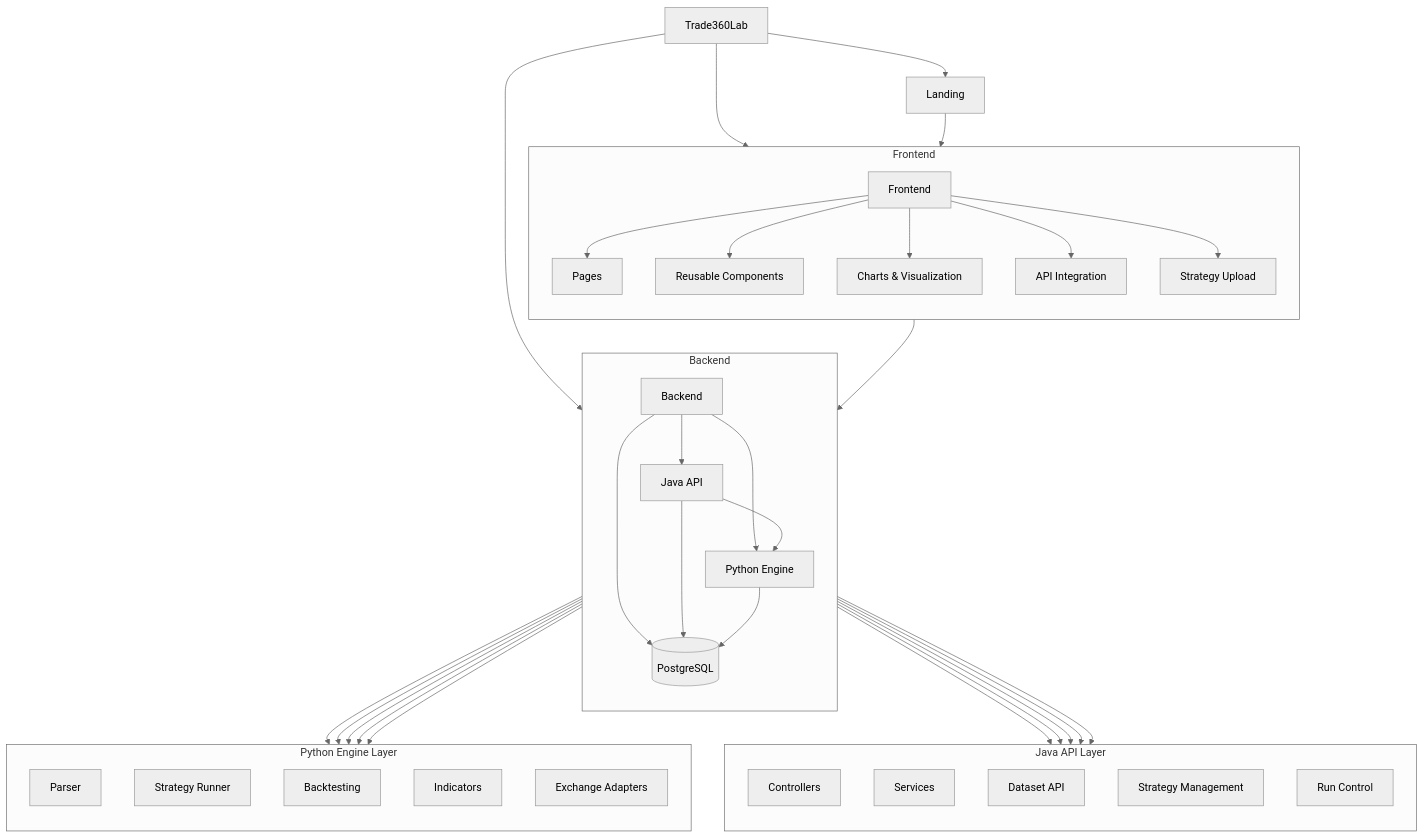
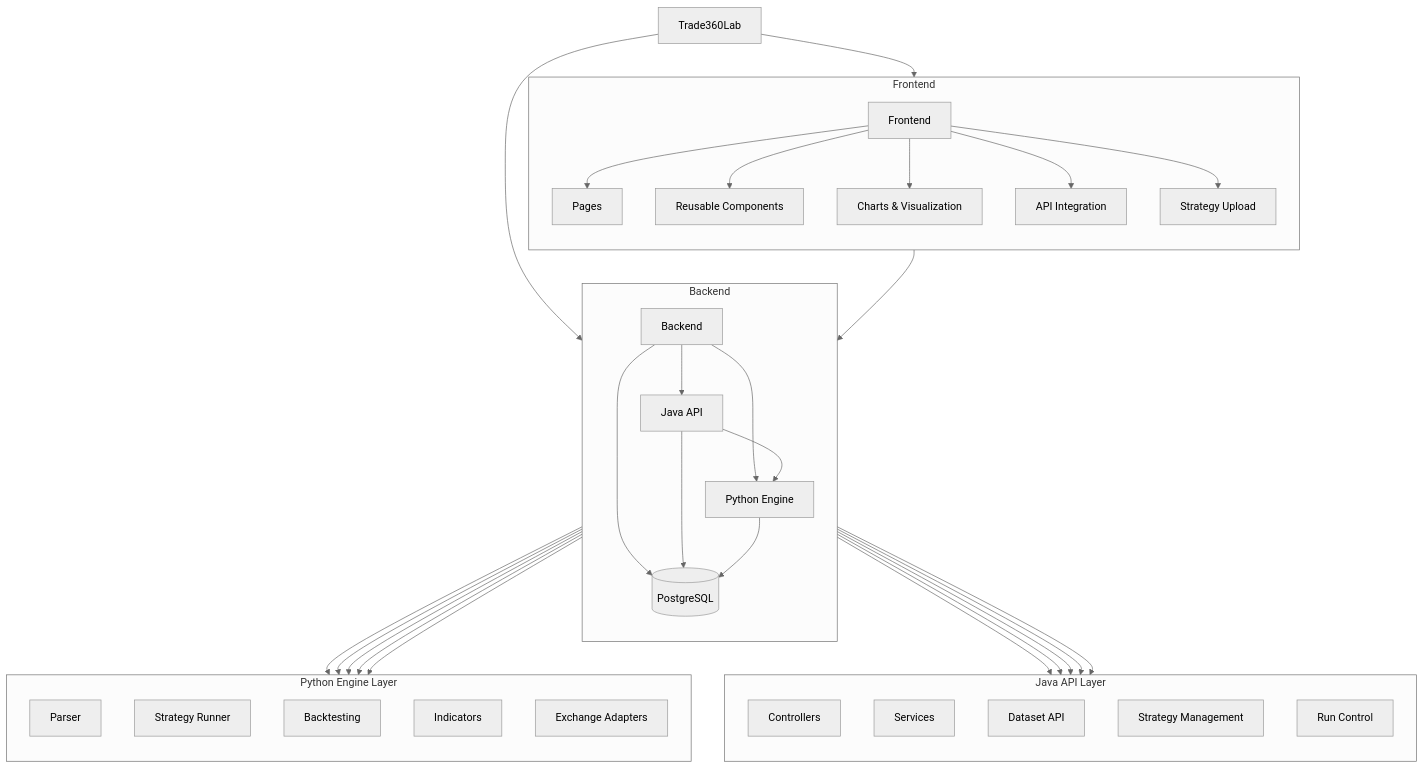
Before and after one commit to AlexToday111/TradeLab: the diagram in README.md, drawn with Mermaid (neutral theme). The commit also changed other lines of this file and 3 other files, not shown here.

````diff
--- a/README.md
+++ b/README.md
@@ -10,55 +10,52 @@
 ```mermaid
 flowchart TB
     A[Trade360Lab]
 
-    A --> L[Landing]
     A --> F[Frontend]
     A --> B[Backend]
 
     %% Frontend
     subgraph Frontend
         direction TB
         F --> F1[Pages]
         F --> F2[Reusable Components]
         F --> F3[Charts & Visualization]
         F --> F4[API Integration]
         F --> F5[Strategy Upload]
     end
 
     %% Backend
     subgraph Backend
         direction TB
         B --> J[Java API]
         B --> D[(PostgreSQL)]
         B --> P[Python Engine]
     end
 
     %% Java Layer
     subgraph "Java API Layer"
         direction TB
         J --> J1[Controllers]
         J --> J2[Services]
         J --> J3[Dataset API]
         J --> J4[Strategy Management]
         J --> J5[Run Control]
     end
 
     %% Python Layer
     subgraph "Python Engine Layer"
         direction TB
         P --> P1[Parser]
         P --> P2[Strategy Runner]
         P --> P3[Backtesting]
         P --> P4[Indicators]
         P --> P5[Exchange Adapters]
     end
 
     %% Data flow
     F4 --> J
     J --> D
     J --> P
     P --> D
 
-    %% Landing connection
-    L --> F
 ```
````
